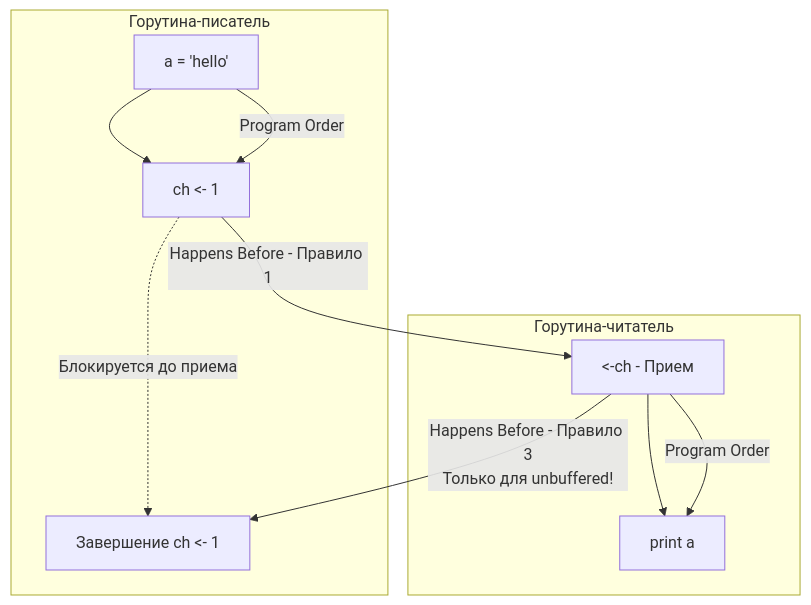
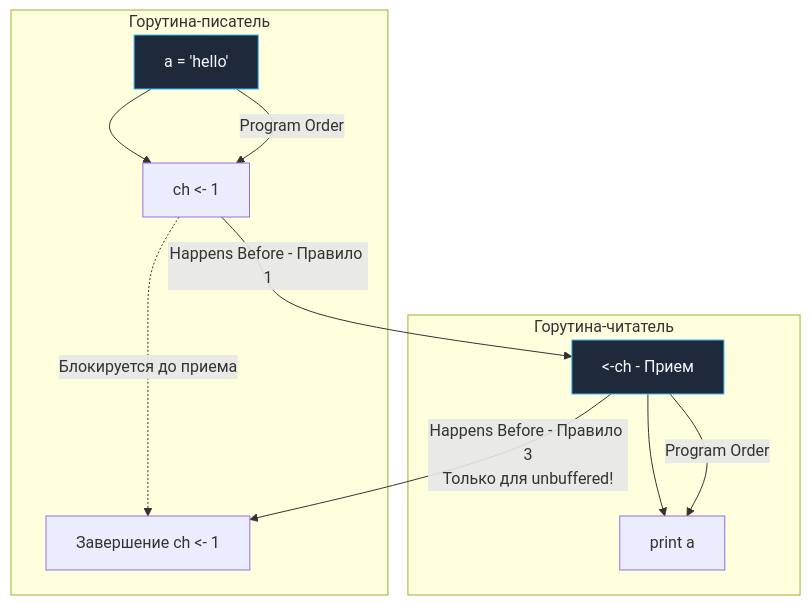
The diagram in sources/7. Глубокий Go (Внутреннее устройство)/17. Go Memory Model и happens before.md (UnrealTemplier/go-textbook), drawn with Mermaid before and after one commit. The commit also changed 1666 other files, not shown here.

First line of the commit message:
feat(mermaid): add semantic color classDef to 1369 colorless flowchart/graph diagrams

````diff
--- a/sources/7. Глубокий Go (Внутреннее устройство)/17. Go Memory Model и happens before.md
+++ b/sources/7. Глубокий Go (Внутреннее устройство)/17. Go Memory Model и happens before.md
@@ -83,16 +83,26 @@
 ```mermaid
 flowchart TD
+    classDef process  fill:#1e293b,stroke:#38bdf8,stroke-width:1px,color:#f8fafc
+    classDef success  fill:#064e3b,stroke:#34d399,stroke-width:1px,color:#f8fafc
+    classDef error    fill:#7f1d1d,stroke:#f87171,stroke-width:1px,color:#f8fafc
+    classDef warning  fill:#78350f,stroke:#fbbf24,stroke-width:1px,color:#f8fafc
+    classDef entry    fill:#1e3a5f,stroke:#38bdf8,stroke-width:2px,color:#f8fafc
+    classDef aux      fill:#334155,stroke:#64748b,stroke-width:1px,color:#f8fafc
+    classDef system   fill:#312e81,stroke:#a78bfa,stroke-width:1px,color:#f8fafc
+    classDef data     fill:#132d29,stroke:#2dd4bf,stroke-width:1px,color:#f8fafc
+    classDef network  fill:#881337,stroke:#fb7185,stroke-width:1px,color:#f8fafc
+    classDef accent   fill:#1e1b4b,stroke:#818cf8,stroke-width:1px,color:#f8fafc
     subgraph G1 ["Горутина-писатель"]
-        WRITE_A["a = 'hello'"] --> SEND["ch <- 1"]
+        WRITE_A["a = 'hello'"]:::process --> SEND["ch <- 1"]
         SEND -.->|Блокируется до приема| DONE_SEND["Завершение ch <- 1"]
     end
     
     subgraph G2 ["Горутина-читатель"]
-        RECV["<-ch - Прием"] --> READ_A["print a"]
+        RECV["<-ch - Прием"]:::process --> READ_A["print a"]
     end
     
     WRITE_A -->|Program Order| SEND
     SEND -->|Happens Before - Правило 1| RECV
     RECV -->|Happens Before - Правило 3<br>Только для unbuffered!| DONE_SEND
     RECV -->|Program Order| READ_A
 ```
````
